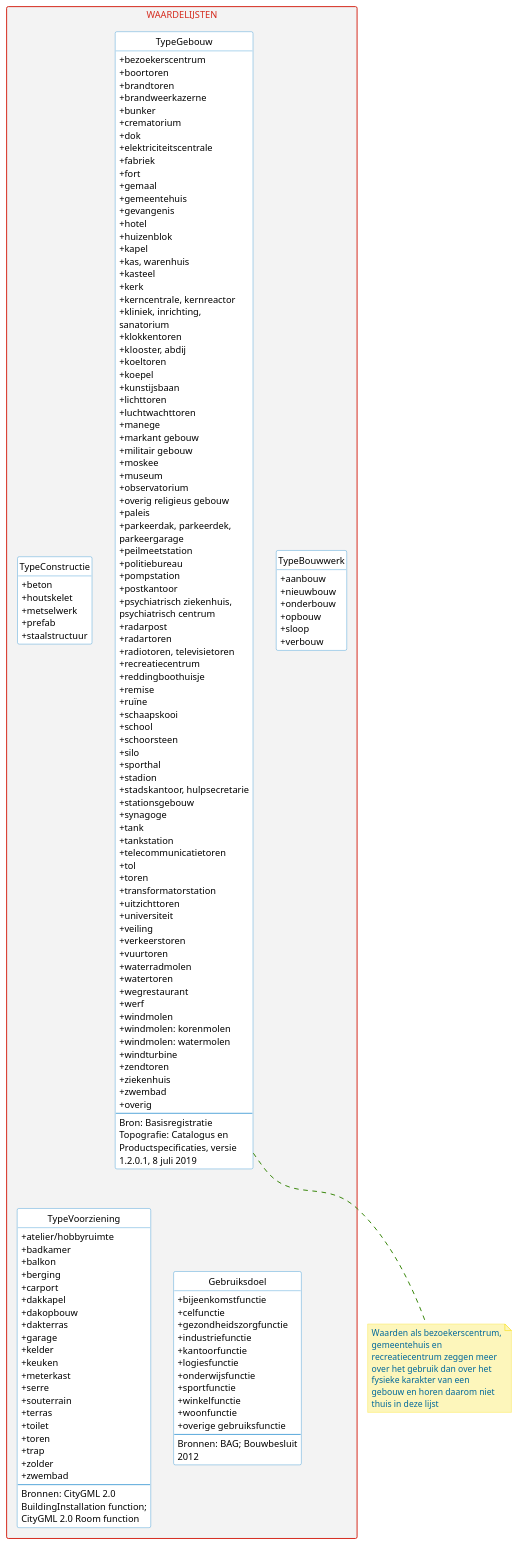
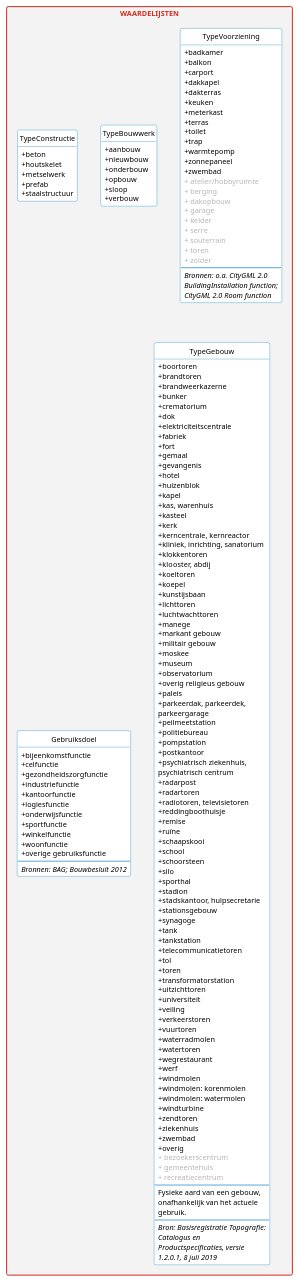
Before and after one commit to geobasisregistraties/werkgroep-bouwwerken: the diagram in model/waardelijsten.puml, drawn with PlantUML. The commit also changed 1 other file, not shown here.

Commit message:
Opmerkingen van 2019-09-19 verwerken

```diff
--- a/model/waardelijsten.puml
+++ b/model/waardelijsten.puml
@@ -1,7 +1,4 @@
 @startuml
-
-' skinparam linetype ortho
-' skinparam linetype polyline
 
 ' --------v-v-v-v-v-v-v-v--------
 ' https://www.rijkshuisstijl.nl/organisatiespecifieke-richtlijnen/ministerie-van-binnenlandse-zaken-en-koninkrijksrelaties/deelidentiteit-kerndepartement-bzk
@@ -25,58 +22,62 @@
 ' Rijksoverheid grijs 6 #696969
 ' Rijksoverheid grijs 7 #535353
 
-' skinparam linetype ortho
-' skinparam linetype polyline
 ' --------^-^-^-^-^-^-^-^--------
 
-skinparam WrapWidth 200
-
-skinparam Shadowing false
-
-skinparam classAttributeIconSize 0
+skinparam defaultFontColor black
+skinparam defaultFontName Lucida Sans
+skinparam defaultFontSize 11
+skinparam defaultFontStyle normal
+skinparam defaultMonospacedFontName Lucida Sans Typewriter
+' skinparam defaultTextAlignment left
+' skinparam lineType ortho
+' skinparam lineType polyline
+skinparam shadowing false
+skinparam wrapWidth 165
 
 skinparam class {
     ArrowColor #39870c
-'     ArrowMessageAlignment center
+    ArrowFontSize 10
+'     ArrowTextAlignment center
     ArrowThickness 1.5
+    AttributeIconSize 0
     BackgroundColor #ffffff
     BorderColor #007bc7
-    BorderColor<<extern>> #999999
-    FontColor<<extern>> #999999
-'     FontName RijksoverheidSansText
 '     StereotypeFontStyle italic
+}
+
+skinparam class<<extern>> {
+    BorderColor #b4b4b4
+    FontColor #b4b4b4
 }
 
 skinparam note {
     BackgroundColor #fdf6bb
     BorderColor #f9e11e
     FontColor #01689b
-'     FontName RijksoverheidSansText
 }
 
 skinparam package {
     BackgroundColor #f3f3f3
     BorderColor #d52b1e
     FontColor #d52b1e
-'     FontName RijksoverheidSansText
-    FontStyle normal
+    FontStyle bold
     Style rectangle
 }
 
-hide empty members
+skinparam package<< subpackage >> {
+    BackgroundColor #e6e6e6
+    BorderColor #e6e6e6
+    FontStyle normal
+}
+
+' hide AbstractObject
 
 hide circle
 
+hide empty members
+
 hide stereotype
-
-' together {
-'     class TypeConstructie
-'     class TypeVoorziening
-'     class TypeMetagegeven
-'     class Gebruiksdoel
-'     class TypeGebouw
-'     class TypeBouwwerk
-' }
 
 package "WAARDELIJSTEN" {
 
@@ -98,28 +99,30 @@
     }
 
     class TypeVoorziening << Referentielijst >> {
-        + atelier/hobbyruimte
         + badkamer
         + balkon
-        + berging
         + carport
         + dakkapel
-        + dakopbouw
         + dakterras
-        + garage
-        + kelder
         + keuken
         + meterkast
-        + serre
-        + souterrain
         + terras
         + toilet
-        + toren
         + trap
-        + zolder
+        + warmtepomp
+        + zonnepaneel
         + zwembad
+        <color:#b4b4b4>+ atelier/hobbyruimte</color>
+        <color:#b4b4b4>+ berging</color>
+        <color:#b4b4b4>+ dakopbouw</color>
+        <color:#b4b4b4>+ garage</color>
+        <color:#b4b4b4>+ kelder</color>
+        <color:#b4b4b4>+ serre</color>
+        <color:#b4b4b4>+ souterrain</color>
+        <color:#b4b4b4>+ toren</color>
+        <color:#b4b4b4>+ zolder</color>
         --
-        Bronnen: CityGML 2.0 BuildingInstallation function; CityGML 2.0 Room function
+        <i>Bronnen: o.a. CityGML 2.0 BuildingInstallation function; CityGML 2.0 Room function</i>
     }
 
 '     class TypeMetagegeven << Referentielijst >> {
@@ -142,7 +145,7 @@
         + woonfunctie
         + overige gebruiksfunctie
         --
-        Bronnen: BAG; Bouwbesluit 2012
+        <i>Bronnen: BAG; Bouwbesluit 2012</i>
     }
 
     class TypeGebouw << Referentielijst >> {
@@ -169,9 +172,8 @@
 '         + windturbine
 '         + zonnescherm
 '         --
-'         Bron: INSPIRE BuildingNatureValue
+'         <i>Bron: INSPIRE BuildingNatureValue</i>
 '
-        + bezoekerscentrum
         + boortoren
         + brandtoren
         + brandweerkazerne
@@ -182,7 +184,6 @@
         + fabriek
         + fort
         + gemaal
-        + gemeentehuis
         + gevangenis
         + hotel
         + huizenblok
@@ -216,7 +217,6 @@
         + radarpost
         + radartoren
         + radiotoren, televisietoren
-        + recreatiecentrum
         + reddingboothuisje
         + remise
         + ruïne
@@ -252,12 +252,15 @@
         + ziekenhuis
         + zwembad
         + overig
+        <color:#b4b4b4>+ bezoekerscentrum</color>
+        <color:#b4b4b4>+ gemeentehuis</color>
+        <color:#b4b4b4>+ recreatiecentrum</color>
         --
-        Bron: Basisregistratie Topografie: Catalogus en Productspecificaties, versie 1.2.0.1, 8 juli 2019
+        Fysieke aard van een gebouw, onafhankelijk van het actuele gebruik.
+        --
+        <i>Bron: Basisregistratie Topografie: Catalogus en Productspecificaties, versie 1.2.0.1, 8 juli 2019</i>
     }
 
 }
 
-note bottom of TypeGebouw : Waarden als bezoekerscentrum, gemeentehuis en recreatiecentrum zeggen meer over het gebruik dan over het fysieke karakter van een gebouw en horen daarom niet thuis in deze lijst
-
 @enduml
```
